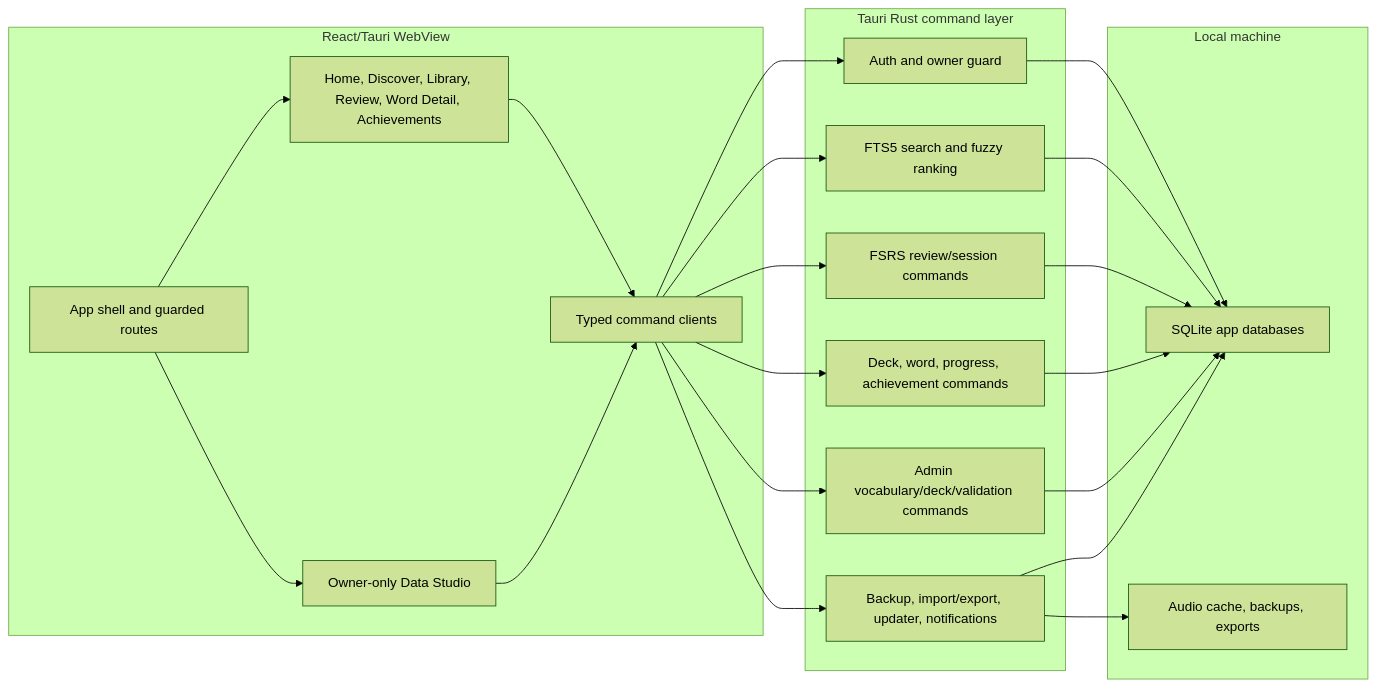
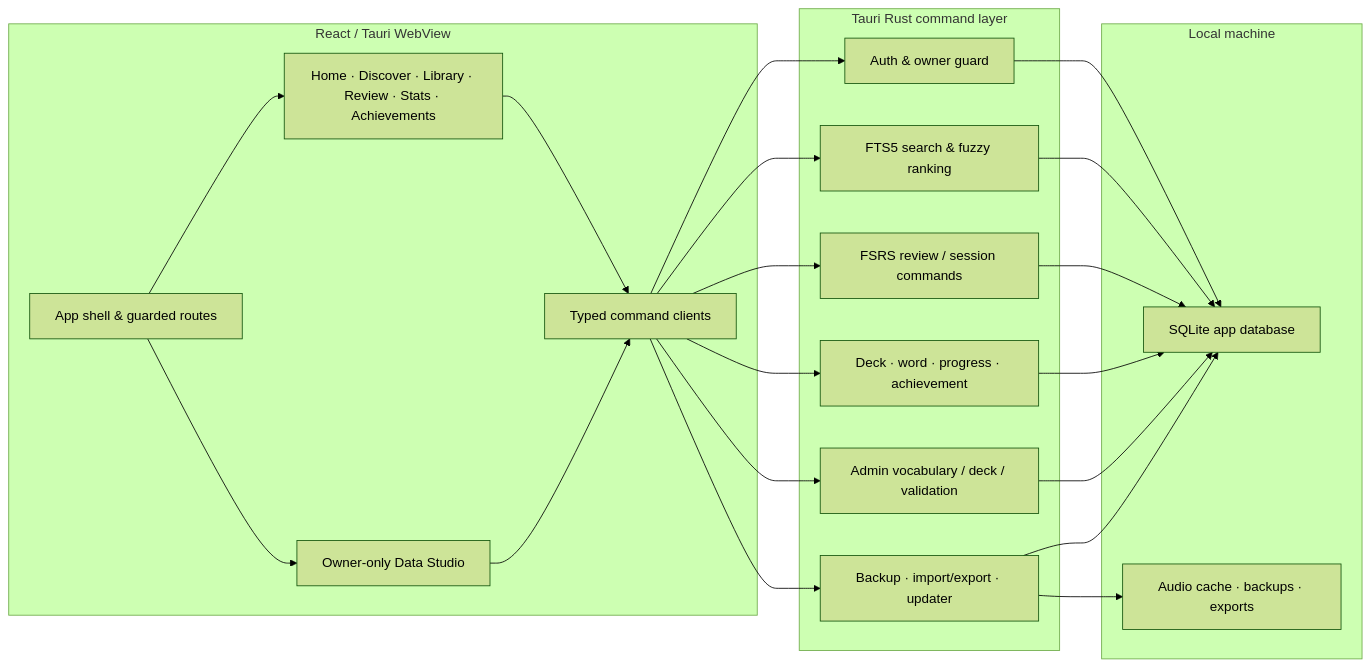
The diagram in README.md (ai-assisted-dev-lab/lexora), drawn with Mermaid (forest theme) before and after one commit. The commit also changed other lines of this file, not shown here.

````diff
--- a/README.md
+++ b/README.md
@@ -62,41 +79,29 @@
 ```mermaid
 flowchart LR
-  subgraph UI["React/Tauri WebView"]
-    Shell["App shell and guarded routes"]
-    Pages["Home, Discover, Library, Review, Word Detail, Achievements"]
+  subgraph UI["React / Tauri WebView"]
+    Shell["App shell & guarded routes"]
+    Pages["Home · Discover · Library · Review · Stats · Achievements"]
     Admin["Owner-only Data Studio"]
     Services["Typed command clients"]
   end
 
   subgraph Rust["Tauri Rust command layer"]
-    Auth["Auth and owner guard"]
-    Search["FTS5 search and fuzzy ranking"]
-    Review["FSRS review/session commands"]
-    Catalog["Deck, word, progress, achievement commands"]
-    AdminCmd["Admin vocabulary/deck/validation commands"]
-    Backup["Backup, import/export, updater, notifications"]
+    Auth["Auth & owner guard"]
+    Search["FTS5 search & fuzzy ranking"]
+    Review["FSRS review / session commands"]
+    Catalog["Deck · word · progress · achievement"]
+    AdminCmd["Admin vocabulary / deck / validation"]
+    Backup["Backup · import/export · updater"]
   end
 
   subgraph Local["Local machine"]
-    Db["SQLite app databases"]
-    Assets["Audio cache, backups, exports"]
+    Db["SQLite app database"]
+    Assets["Audio cache · backups · exports"]
   end
 
-  Shell --> Pages
-  Shell --> Admin
-  Pages --> Services
-  Admin --> Services
-  Services --> Auth
-  Services --> Search
-  Services --> Review
-  Services --> Catalog
-  Services --> AdminCmd
-  Services --> Backup
-  Auth --> Db
-  Search --> Db
-  Review --> Db
-  Catalog --> Db
-  AdminCmd --> Db
-  Backup --> Db
+  Shell --> Pages & Admin
+  Pages & Admin --> Services
+  Services --> Auth & Search & Review & Catalog & AdminCmd & Backup
+  Auth & Search & Review & Catalog & AdminCmd & Backup --> Db
   Backup --> Assets
 ```
````
